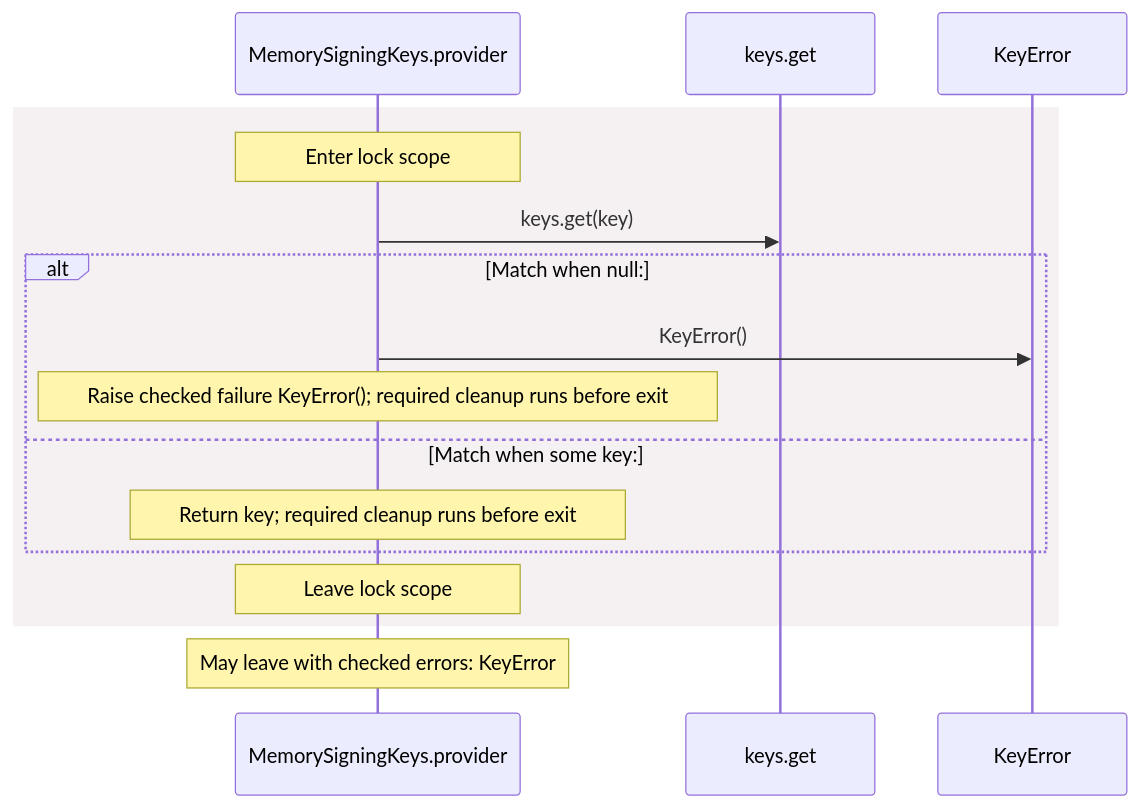
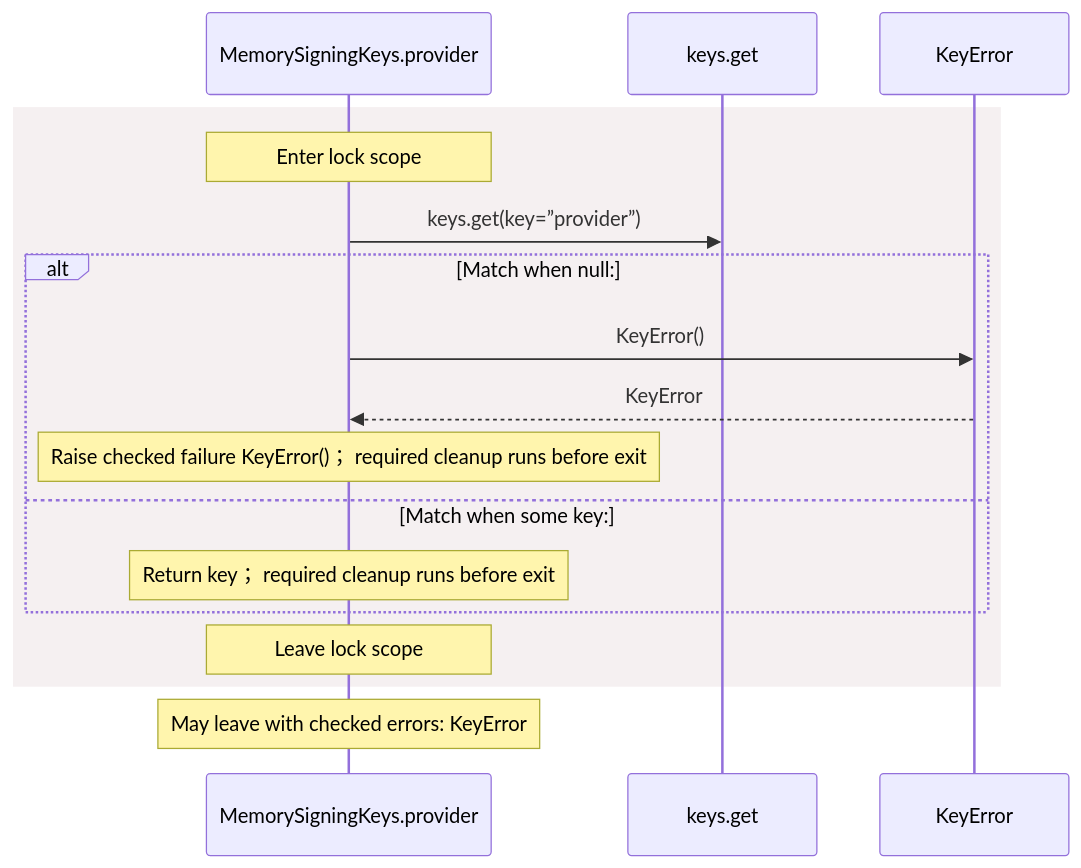
Before and after one commit to GreenPandaStudios/augscript: the fifth of 7 diagrams in docs/examples/oidc-login/common/keys-diagrams.md, drawn with Mermaid. The commit also changed other lines of this file and 524 other files, not shown here.

Commit message:
Explain checked data flow at folder and service levels

````diff
--- a/docs/examples/oidc-login/common/keys-diagrams.md
+++ b/docs/examples/oidc-login/common/keys-diagrams.md
@@ -161,18 +138,19 @@
 ```mermaid
 sequenceDiagram
     participant p0 as MemorySigningKeys.provider
     participant p1 as keys.get
     participant p2 as KeyError
     rect rgb(245, 240, 241)
     Note over p0: Enter lock scope
-    p0->>p1: keys.get(key)
+    p0->>p1: keys.get(key=”provider”)
     alt Match when null:
     p0->>p2: KeyError()
-    Note over p0: Raise checked failure KeyError()#59; required cleanup runs before exit
+    p2-->>p0: KeyError
+    Note over p0: Raise checked failure KeyError()； required cleanup runs before exit
     else Match when some key:
-    Note over p0: Return key#59; required cleanup runs before exit
+    Note over p0: Return key； required cleanup runs before exit
     end
     Note over p0: Leave lock scope
     end
     Note over p0: May leave with checked errors: KeyError
 ```
````
